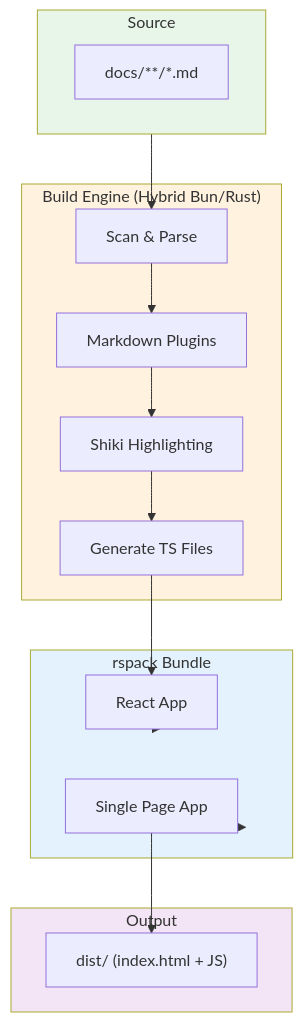
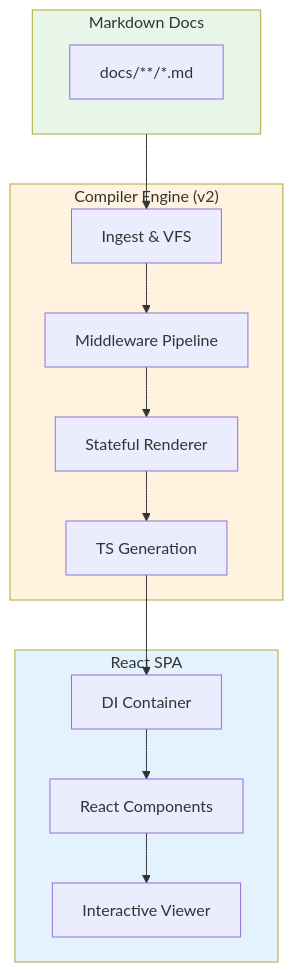
One commit to naranyala/naravisuals-web changed the diagram in docs/00-welcome.md. Above: the diagram before and after it, drawn with Mermaid. The commit also changed 56 other files, not shown here.

Commit message:
new markdown2typescript compiler, but still have issues

````diff
--- a/docs/00-welcome.md
+++ b/docs/00-welcome.md
@@ -50,36 +50,31 @@
-```mermaid:desc=High-level architecture showing the build pipeline from markdown source to final SPA.
+```mermaid:desc=High-level architecture showing the modern compiler engine and its artifacts.
 flowchart TB
-    subgraph Source
+    subgraph Source["Markdown Docs"]
         MD["docs/**/*.md"]
     end
 
-    subgraph Build["Build Engine (Hybrid Bun/Rust)"]
-        Scan["Scan & Parse"]
-        Plugins["Markdown Plugins"]
-        Shiki["Shiki Highlighting"]
-        Generate["Generate TS Files"]
+    subgraph Build["Compiler Engine (v2)"]
+        Ingest["Ingest & VFS"]
+        Middlewares["Middleware Pipeline"]
+        Renderer["Stateful Renderer"]
+        Generate["TS Generation"]
     end
 
-    subgraph Bundle["rspack Bundle"]
-        React["React App"]
-        SPA["Single Page App"]
+    subgraph Frontend["React SPA"]
+        Context["DI Container"]
+        Components["React Components"]
+        Viewer["Interactive Viewer"]
     end
 
-    subgraph Output
-        Final["dist/ (index.html + JS)"]
-    end
-
-    Source --> Scan
-    Scan --> Plugins
-    Plugins --> Shiki
-    Shiki --> Generate
-    Generate --> React
-    React --> Bundle
-    Bundle --> SPA
-    SPA --> Final
+    Source --> Ingest
+    Ingest --> Middlewares
+    Middlewares --> Renderer
+    Renderer --> Generate
+    Generate --> Context
+    Context --> Components
+    Components --> Viewer
 
     style Source fill:#e8f5e9
     style Build fill:#fff3e0
-    style Bundle fill:#e3f2fd
-    style Output fill:#f3e5f5
+    style Frontend fill:#e3f2fd
 ```
````
